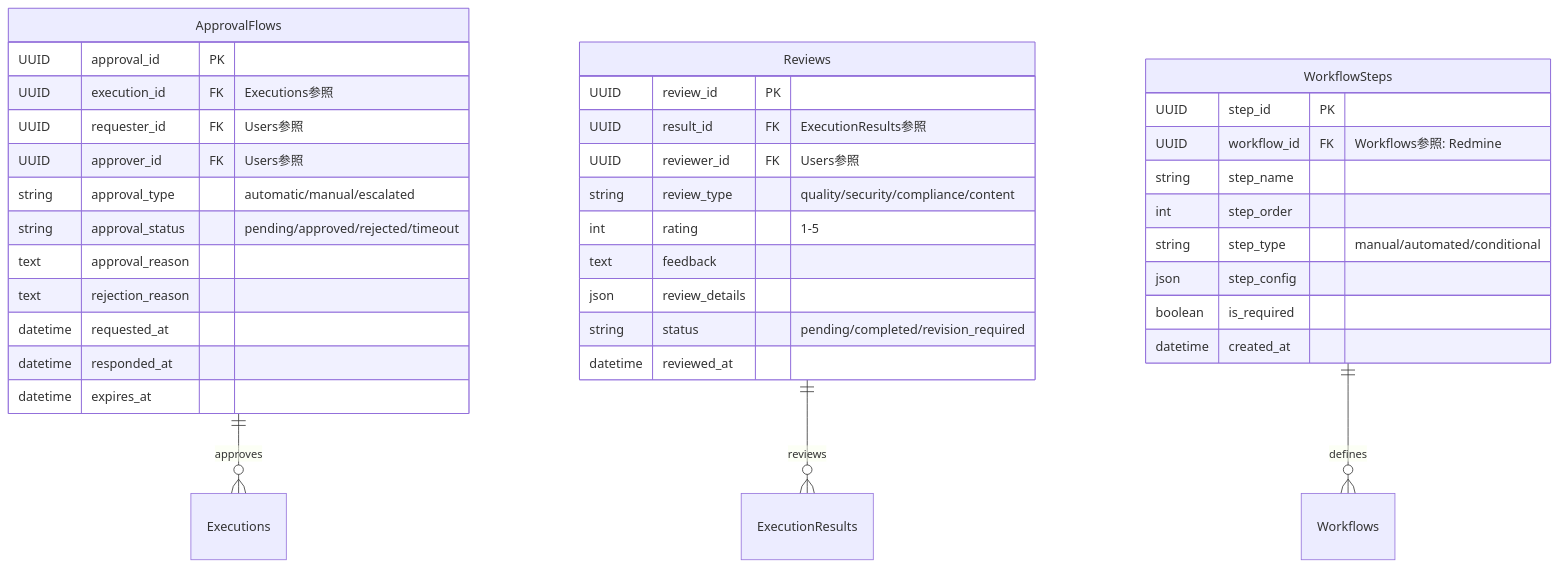
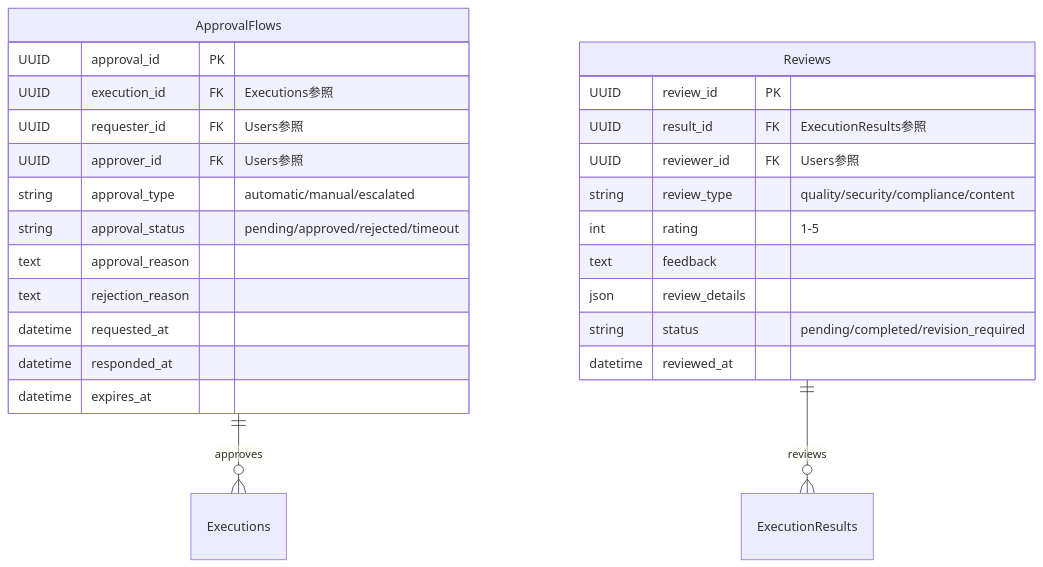
The ninth of 15 diagrams in docs/030000_設計/035000_データ設計/035010_ER図.md (daichiTAAA/AgentOpsPlatform), drawn with Mermaid before and after one commit. The commit also changed other lines of this file, not shown here.

````diff
--- a/docs/030000_設計/035000_データ設計/035010_ER図.md
+++ b/docs/030000_設計/035000_データ設計/035010_ER図.md
@@ -499,43 +561,32 @@
 ```mermaid
 erDiagram
     ApprovalFlows {
         UUID approval_id PK
         UUID execution_id FK "Executions参照"
         UUID requester_id FK "Users参照"
         UUID approver_id FK "Users参照"
         string approval_type "automatic/manual/escalated"
         string approval_status "pending/approved/rejected/timeout"
         text approval_reason
         text rejection_reason
         datetime requested_at
         datetime responded_at
         datetime expires_at
     }
     
     Reviews {
         UUID review_id PK
         UUID result_id FK "ExecutionResults参照"
         UUID reviewer_id FK "Users参照"
         string review_type "quality/security/compliance/content"
         int rating "1-5"
         text feedback
         json review_details
         string status "pending/completed/revision_required"
         datetime reviewed_at
     }
     
-    WorkflowSteps {
-        UUID step_id PK
-        UUID workflow_id FK "Workflows参照: Redmine"
-        string step_name
-        int step_order
-        string step_type "manual/automated/conditional"
-        json step_config
-        boolean is_required
-        datetime created_at
-    }
     
     ApprovalFlows ||--o{ Executions : approves
     Reviews ||--o{ ExecutionResults : reviews
-    WorkflowSteps ||--o{ Workflows : defines
 ```
````
